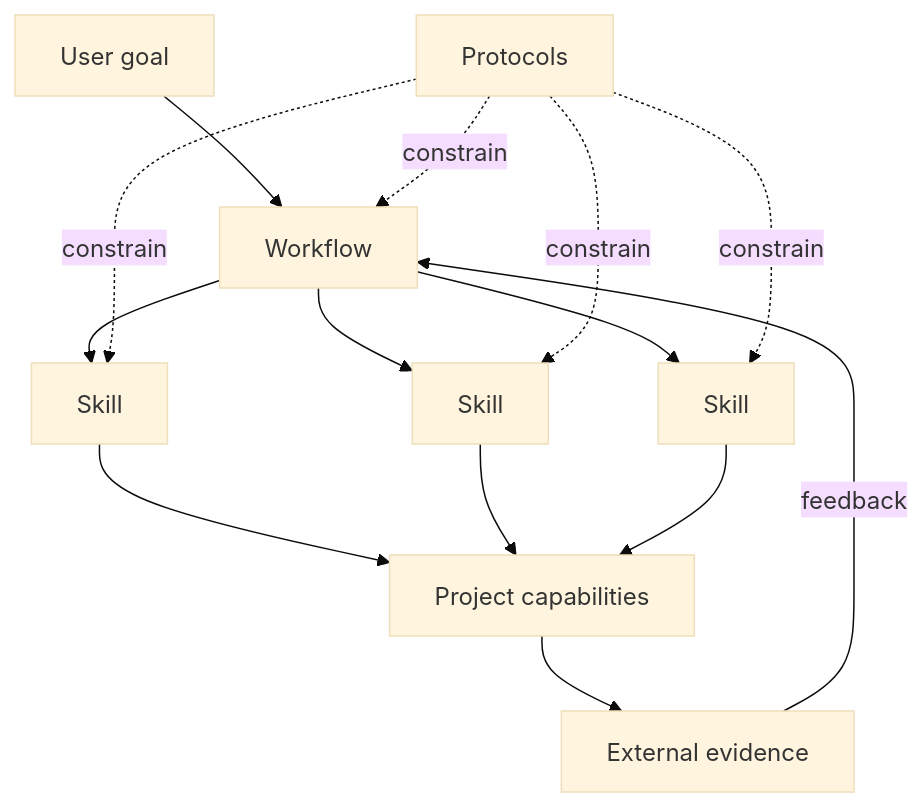
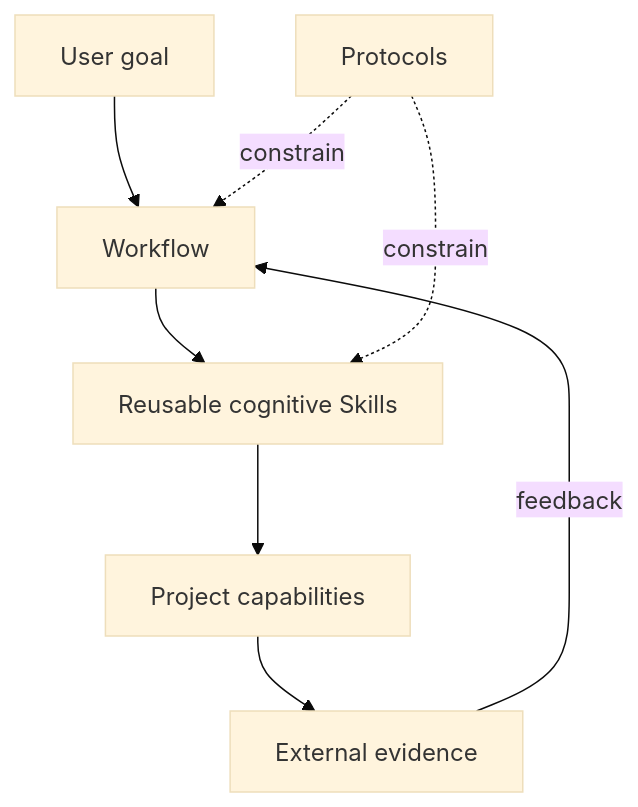
One commit to hamburger-os/PraxFlow changed the diagram in README.md. Above: the diagram before and after it, drawn with Mermaid (base theme). The commit also changed other lines of this file and 14 other files, not shown here.

````diff
--- a/README.md
+++ b/README.md
@@ -120,16 +87,10 @@
 ```mermaid
 flowchart TD
     G[User goal] --> W[Workflow]
-    W --> S1[Skill]
-    W --> S2[Skill]
-    W --> S3[Skill]
+    W --> S[Reusable cognitive Skills]
     P[Protocols] -. constrain .-> W
-    P -. constrain .-> S1
-    P -. constrain .-> S2
-    P -. constrain .-> S3
-    S1 --> C[Project capabilities]
-    S2 --> C
-    S3 --> C
+    P -. constrain .-> S
+    S --> C[Project capabilities]
     C --> E[External evidence]
     E -->|feedback| W
 ```
````
